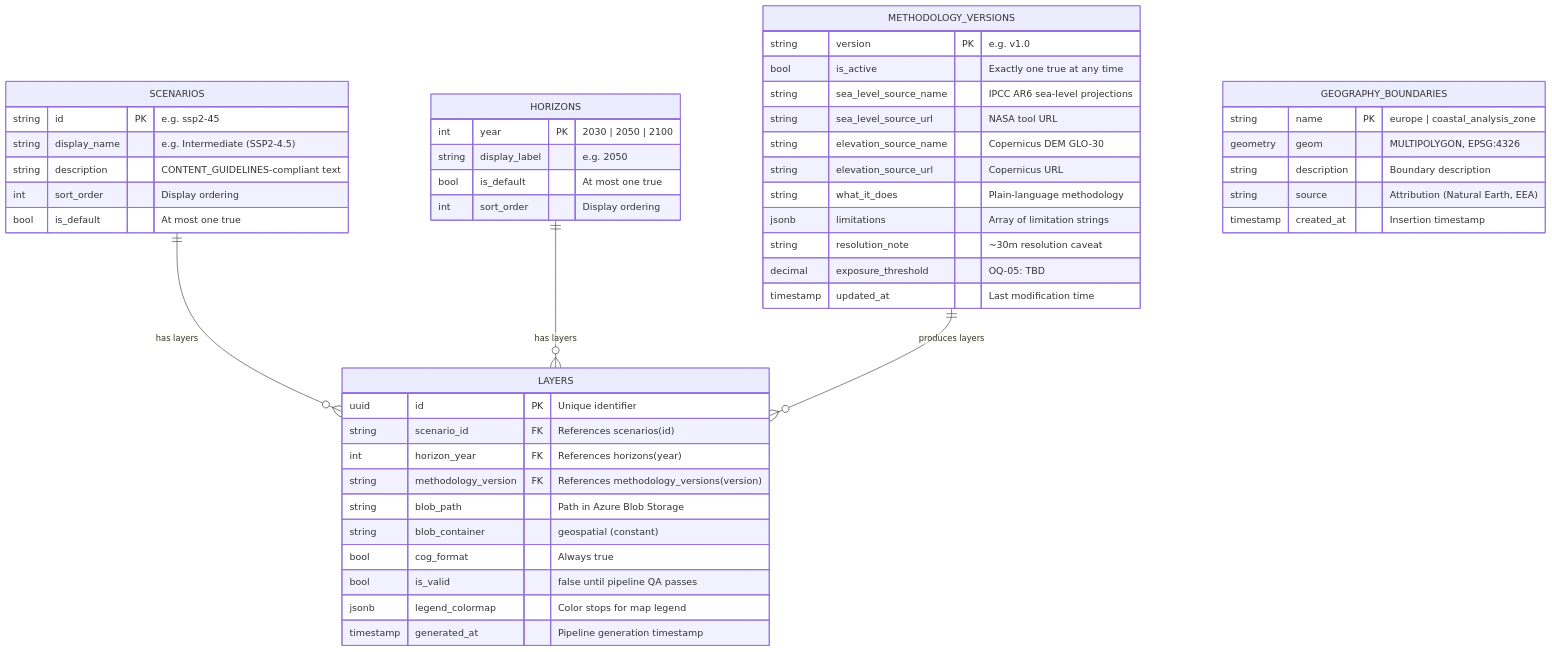
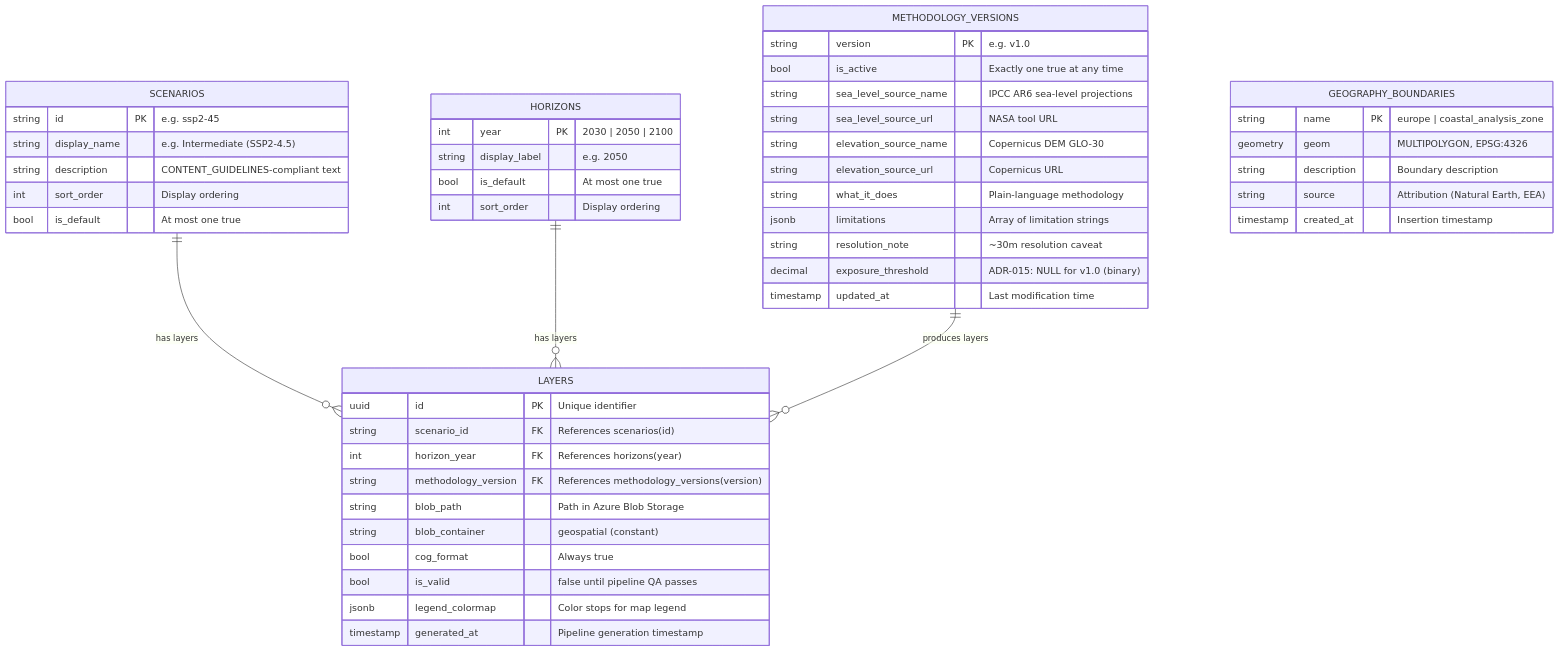
One commit to artemsemdev/SeaRise-Europe changed the first of 5 diagrams in docs/architecture/19-entity-relationship-model.md. Above: the diagram before and after it, drawn with Mermaid. The commit also changed other lines of this file and 20 other files, not shown here.

````diff
--- a/docs/architecture/19-entity-relationship-model.md
+++ b/docs/architecture/19-entity-relationship-model.md
@@ -30,56 +30,56 @@
 ```mermaid
 erDiagram
     SCENARIOS {
         string id PK "e.g. ssp2-45"
         string display_name "e.g. Intermediate (SSP2-4.5)"
         string description "CONTENT_GUIDELINES-compliant text"
         int sort_order "Display ordering"
         bool is_default "At most one true"
     }
 
     HORIZONS {
         int year PK "2030 | 2050 | 2100"
         string display_label "e.g. 2050"
         bool is_default "At most one true"
         int sort_order "Display ordering"
     }
 
     METHODOLOGY_VERSIONS {
         string version PK "e.g. v1.0"
         bool is_active "Exactly one true at any time"
         string sea_level_source_name "IPCC AR6 sea-level projections"
         string sea_level_source_url "NASA tool URL"
         string elevation_source_name "Copernicus DEM GLO-30"
         string elevation_source_url "Copernicus URL"
         string what_it_does "Plain-language methodology"
         jsonb limitations "Array of limitation strings"
         string resolution_note "~30m resolution caveat"
-        decimal exposure_threshold "OQ-05: TBD"
+        decimal exposure_threshold "ADR-015: NULL for v1.0 (binary)"
         timestamp updated_at "Last modification time"
     }
 
     LAYERS {
         uuid id PK "Unique identifier"
         string scenario_id FK "References scenarios(id)"
         int horizon_year FK "References horizons(year)"
         string methodology_version FK "References methodology_versions(version)"
         string blob_path "Path in Azure Blob Storage"
         string blob_container "geospatial (constant)"
         bool cog_format "Always true"
         bool is_valid "false until pipeline QA passes"
         jsonb legend_colormap "Color stops for map legend"
         timestamp generated_at "Pipeline generation timestamp"
     }
 
     GEOGRAPHY_BOUNDARIES {
         string name PK "europe | coastal_analysis_zone"
         geometry geom "MULTIPOLYGON, EPSG:4326"
         string description "Boundary description"
         string source "Attribution (Natural Earth, EEA)"
         timestamp created_at "Insertion timestamp"
     }
 
     SCENARIOS ||--o{ LAYERS : "has layers"
     HORIZONS ||--o{ LAYERS : "has layers"
     METHODOLOGY_VERSIONS ||--o{ LAYERS : "produces layers"
 ```
````
